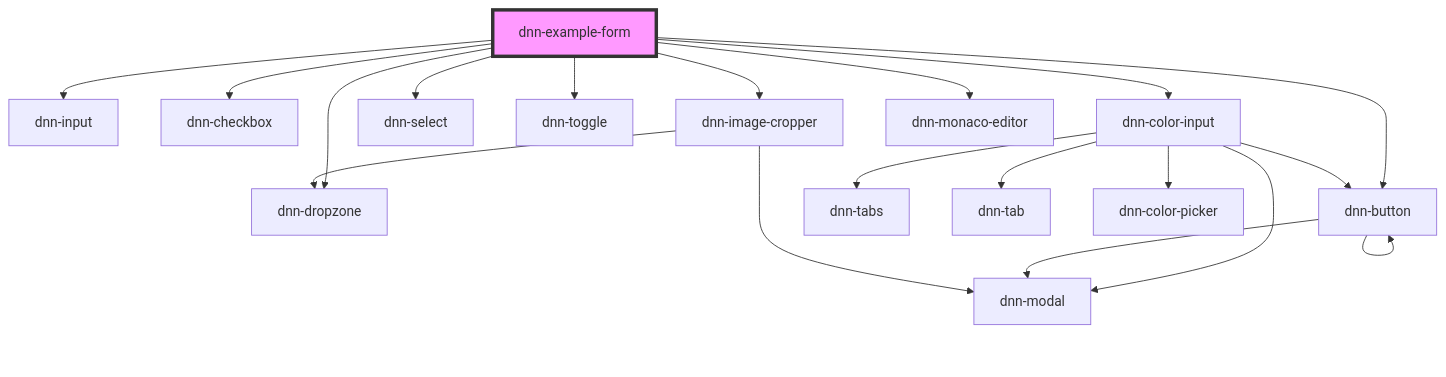
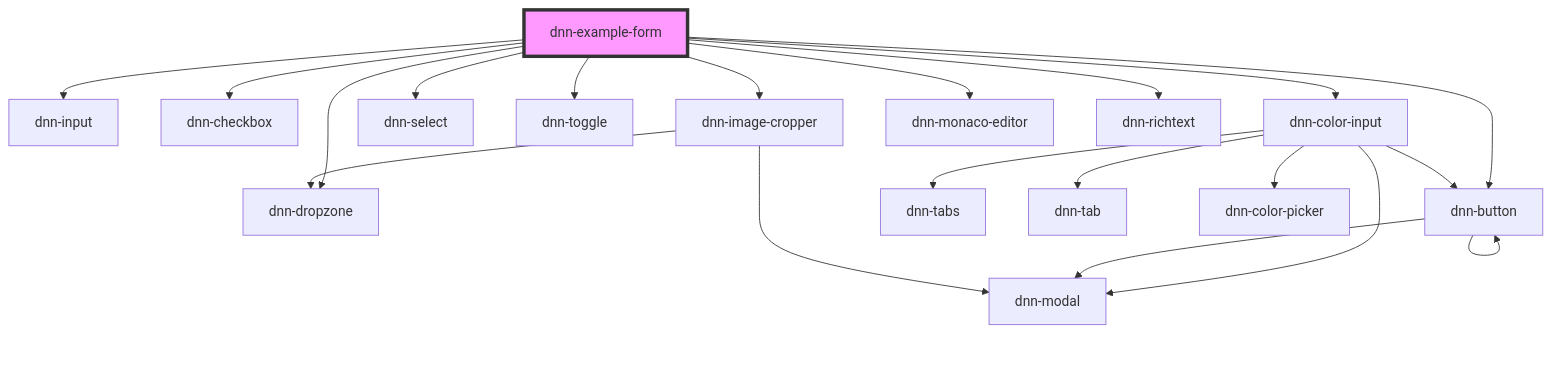
One commit to DNNCommunity/dnn-elements changed the diagram in packages/stencil-library/src/components/examples/dnn-example-form/readme.md. Above: the diagram before and after it, drawn with Mermaid. The commit also changed other lines of this file and 7 other files, not shown here.

````diff
--- a/packages/stencil-library/src/components/examples/dnn-example-form/readme.md
+++ b/packages/stencil-library/src/components/examples/dnn-example-form/readme.md
@@ -27,22 +28,23 @@
 ```mermaid
 graph TD;
   dnn-example-form --> dnn-input
   dnn-example-form --> dnn-checkbox
   dnn-example-form --> dnn-color-input
   dnn-example-form --> dnn-select
   dnn-example-form --> dnn-toggle
   dnn-example-form --> dnn-dropzone
   dnn-example-form --> dnn-image-cropper
   dnn-example-form --> dnn-monaco-editor
+  dnn-example-form --> dnn-richtext
   dnn-example-form --> dnn-button
   dnn-color-input --> dnn-modal
   dnn-color-input --> dnn-tabs
   dnn-color-input --> dnn-tab
   dnn-color-input --> dnn-color-picker
   dnn-color-input --> dnn-button
   dnn-button --> dnn-modal
   dnn-button --> dnn-button
   dnn-image-cropper --> dnn-dropzone
   dnn-image-cropper --> dnn-modal
   style dnn-example-form fill:#f9f,stroke:#333,stroke-width:4px
 ```
````
